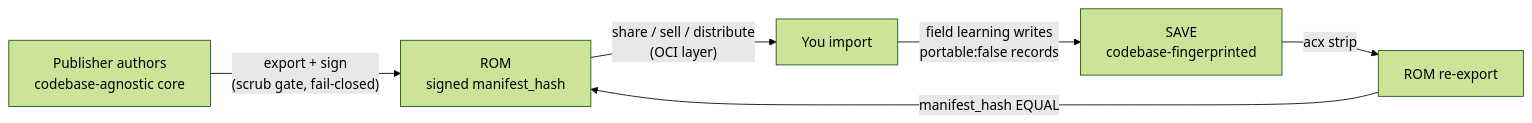
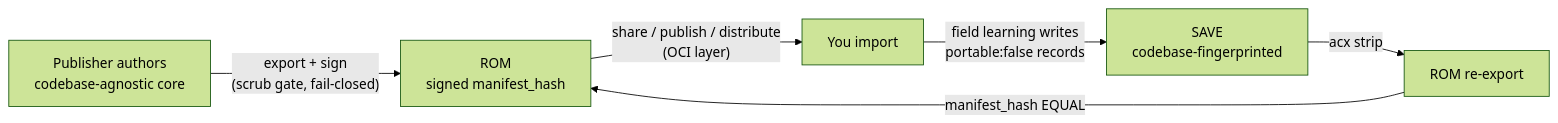
Before and after one commit to lboel/acx: the second of 2 diagrams in docs-site/docs/concepts/cartridge-model.md, drawn with Mermaid (forest theme). The commit also changed other lines of this file and 108 other files, not shown here.

````diff
--- a/docs-site/docs/concepts/cartridge-model.md
+++ b/docs-site/docs/concepts/cartridge-model.md
@@ -170,8 +176,8 @@
 ```mermaid
 flowchart LR
   A["Publisher authors<br/>codebase-agnostic core"] -->|"export + sign<br/>(scrub gate, fail-closed)"| B["ROM<br/>signed manifest_hash"]
-  B -->|"share / sell / distribute<br/>(OCI layer)"| C["You import"]
+  B -->|"share / publish / distribute<br/>(OCI layer)"| C["You import"]
   C -->|"field learning writes<br/>portable:false records"| D["SAVE<br/>codebase-fingerprinted"]
   D -->|"acx strip"| E["ROM re-export"]
   E -->|"manifest_hash EQUAL"| B
 ```
````
